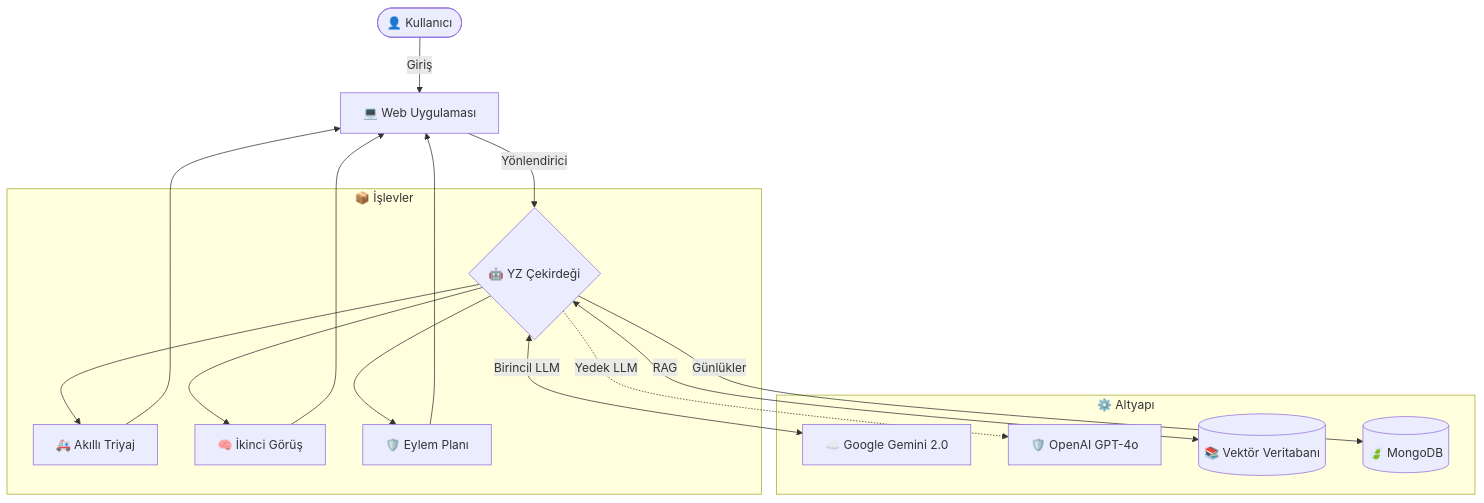
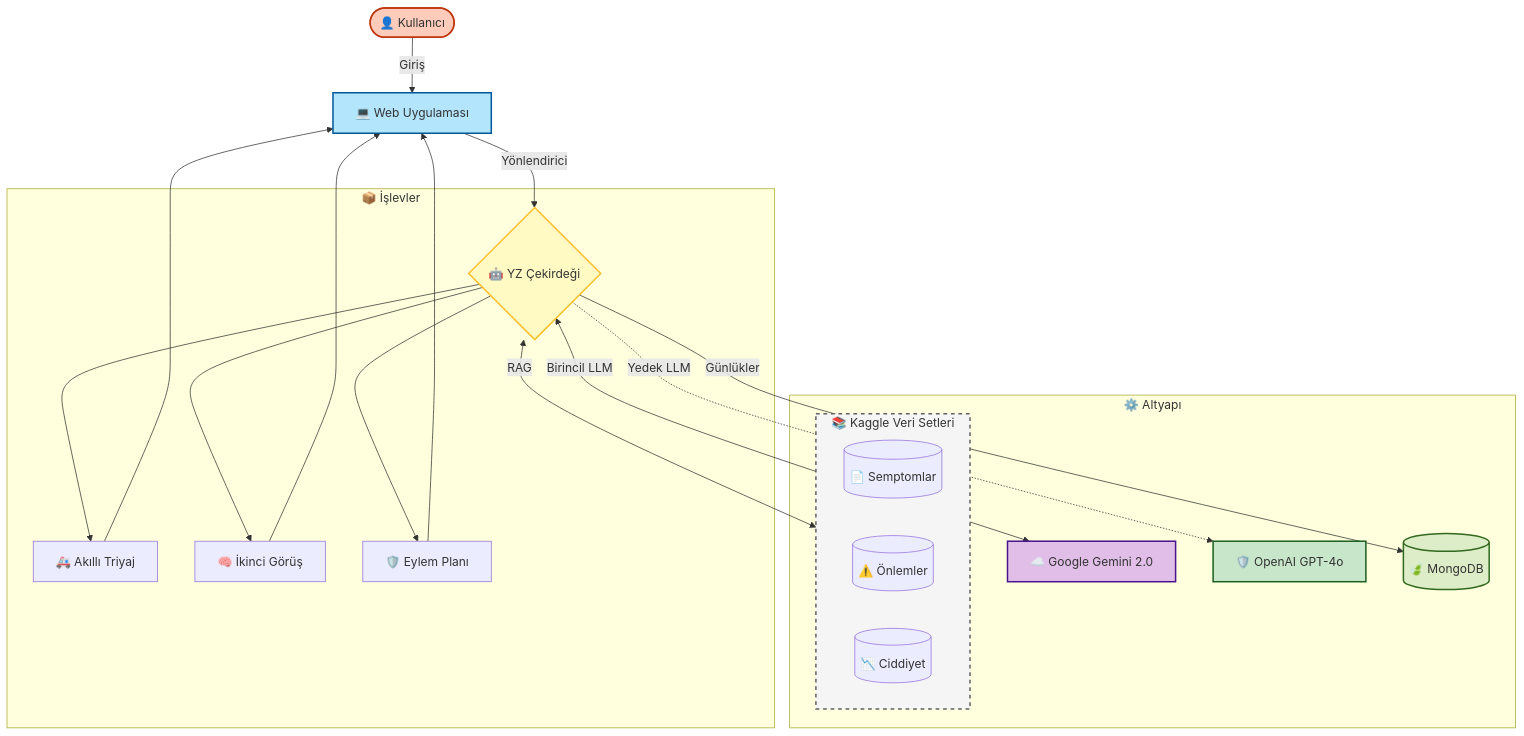
One commit to Adam-Blf/Projet-IA-Generative-Doctis-AI-mo changed the eighth of 8 diagrams in README.md. Above: the diagram before and after it, drawn with Mermaid. The commit also changed other lines of this file, not shown here.

Commit message:
Docs: Update Mermaid diagrams with specific datasets and colors

````diff
--- a/README.md
+++ b/README.md
@@ -552,20 +650,34 @@
 ```mermaid
 graph TD
     User([👤 Kullanıcı]) -->|Giriş| UI[💻 Web Uygulaması];
     UI -->|Yönlendirici| Agent{🤖 YZ Çekirdeği};
     
     subgraph Modules [📦 İşlevler]
         Agent --> Triage[🚑 Akıllı Triyaj];
         Agent --> SecondOp[🧠 İkinci Görüş];
         Agent --> Plan[🛡️ Eylem Planı];
     end
 
+    subgraph Data [📚 Kaggle Veri Setleri]
+        D1[(📄 Semptomlar)];
+        D2[(⚠️ Önlemler)];
+        D3[(📉 Ciddiyet)];
+    end
+
     subgraph Backend [⚙️ Altyapı]
         Agent <-->|Birincil LLM| Gemini[☁️ Google Gemini 2.0];
         Agent -.->|Yedek LLM| GPT[🛡️ OpenAI GPT-4o];
-        Agent <-->|RAG| DB[(📚 Vektör Veritabanı)];
+        Agent <-->|RAG| Data;
         Agent -->|Günlükler| Mongo[(🍃 MongoDB)];
     end
     
     Triage & SecondOp & Plan --> UI;
+
+    style User fill:#ffccbc,stroke:#bf360c,stroke-width:2px;
+    style UI fill:#b3e5fc,stroke:#01579b,stroke-width:2px;
+    style Agent fill:#fff9c4,stroke:#fbc02d,stroke-width:2px;
+    style Gemini fill:#e1bee7,stroke:#4a148c,stroke-width:2px;
+    style GPT fill:#c8e6c9,stroke:#1b5e20,stroke-width:2px;
+    style Mongo fill:#dcedc8,stroke:#33691e,stroke-width:2px;
+    style Data fill:#f5f5f5,stroke:#616161,stroke-width:2px,stroke-dasharray: 5 5;
 ```
````
